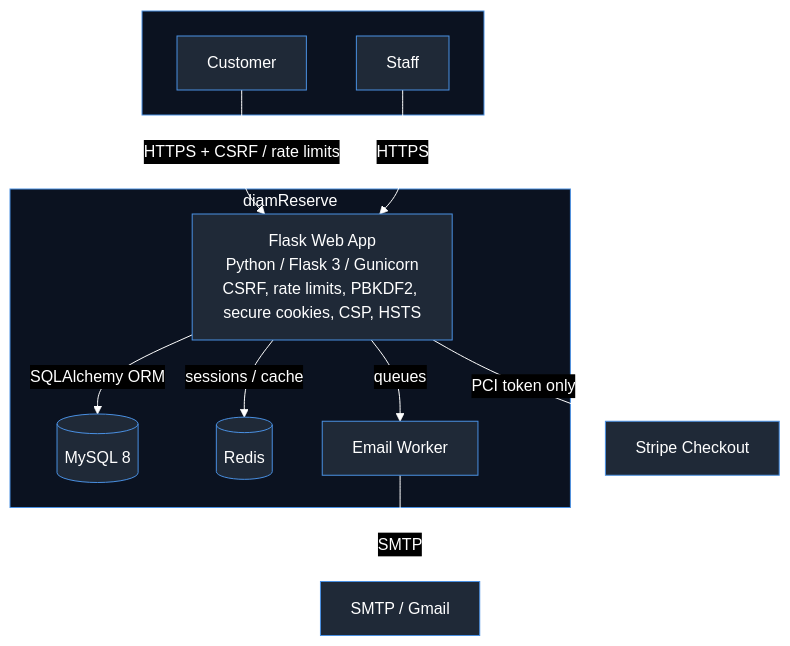
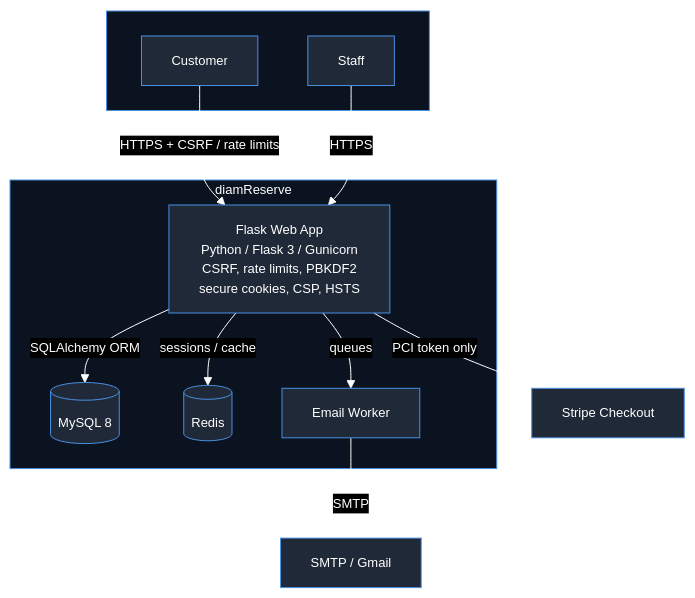
One commit to adam-scholey/adam-scholey.github.io changed the diagram in diagrams/diamreserve.mmd. Above: the diagram before and after it, drawn with Mermaid. The commit also changed 3 other files, not shown here.

Commit message:
feat: SVG project icons + fix architecture diagram text cut-off

```diff
--- a/diagrams/diamreserve.mmd
+++ b/diagrams/diamreserve.mmd
@@ -1,25 +1,25 @@
-%%{init: {'theme':'base','themeVariables':{'darkMode':true,'background':'#0d1117','primaryColor':'#1f2937','primaryTextColor':'#ffffff','primaryBorderColor':'#4a90e2','secondaryColor':'#111827','secondaryTextColor':'#ffffff','secondaryBorderColor':'#4a90e2','tertiaryColor':'#0b1220','tertiaryTextColor':'#ffffff','tertiaryBorderColor':'#4a90e2','lineColor':'#ffffff','arrowheadColor':'#ffffff','textColor':'#ffffff','fontFamily':'Inter, sans-serif','fontSize':'16px'}}}%%
+%%{init: {'theme':'base','themeVariables':{'darkMode':true,'background':'#0d1117','primaryColor':'#1f2937','primaryTextColor':'#ffffff','primaryBorderColor':'#4a90e2','secondaryColor':'#111827','secondaryTextColor':'#ffffff','secondaryBorderColor':'#4a90e2','tertiaryColor':'#0b1220','tertiaryTextColor':'#ffffff','tertiaryBorderColor':'#4a90e2','lineColor':'#ffffff','arrowheadColor':'#ffffff','textColor':'#ffffff','fontSize':'13px'}}}%%
 flowchart TB
     subgraph Client[" "
 ]
         customer[Customer]
         staff[Staff]
     end
 
     subgraph diamReserve["diamReserve"]
-        flask[Flask Web App<br/>Python / Flask 3 / Gunicorn<br/>CSRF, rate limits, PBKDF2, secure cookies, CSP, HSTS]
+        flask[Flask Web App<br/>Python / Flask 3 / Gunicorn<br/>CSRF, rate limits, PBKDF2<br/>secure cookies, CSP, HSTS]
         mysql[(MySQL 8)]
         redis[(Redis)]
         mail[Email Worker]
     end
 
     stripe[Stripe Checkout]
     smtp[SMTP / Gmail]
 
     customer -->|HTTPS + CSRF / rate limits| flask
     staff -->|HTTPS| flask
     flask -->|SQLAlchemy ORM| mysql
     flask -->|sessions / cache| redis
     flask -->|queues| mail
     mail -->|SMTP| smtp
     flask -->|PCI token only| stripe
```
